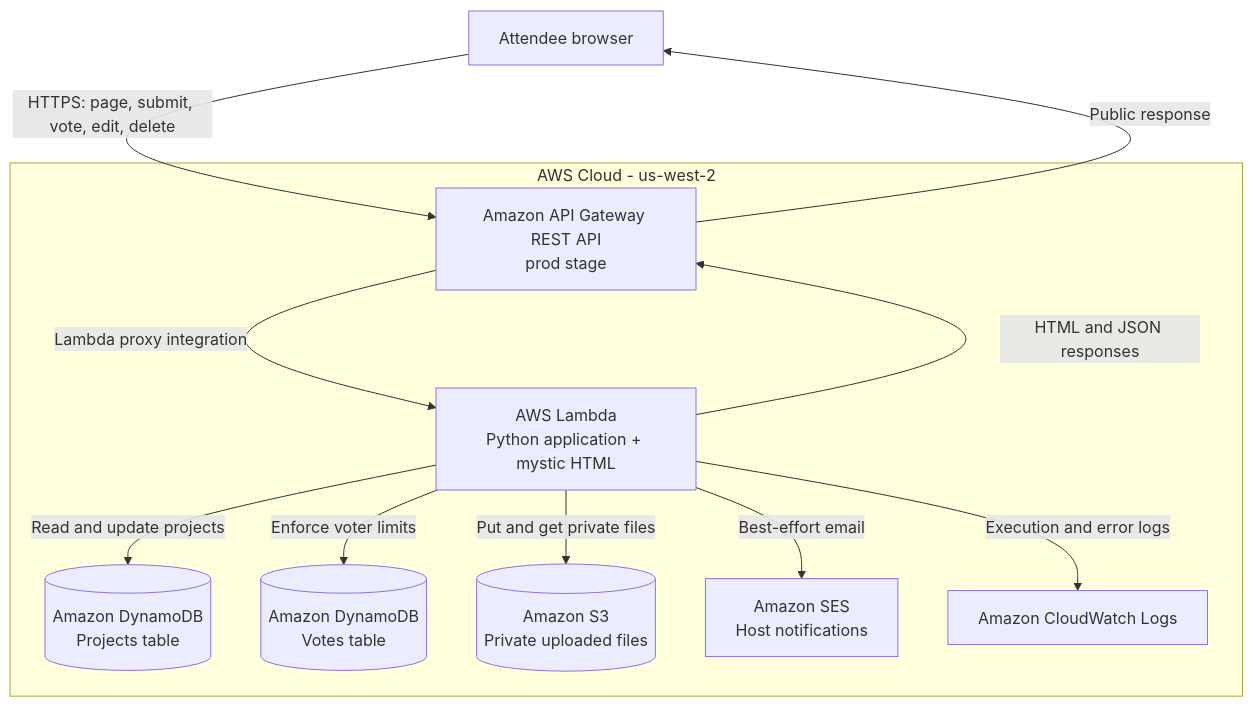
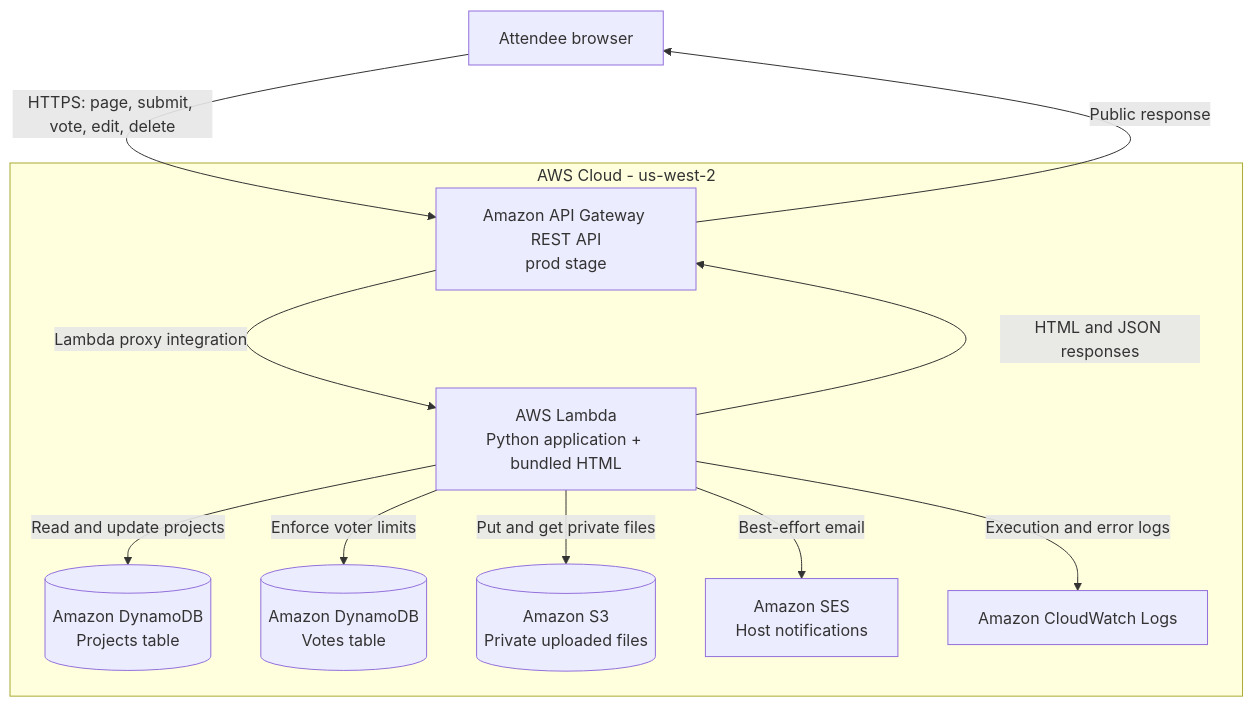
One commit to lilyj8D/vibecoding-women-showcase changed the diagram in README.md. Above: the diagram before and after it, drawn with Mermaid. The commit also changed other lines of this file and 2 other files, not shown here.

````diff
--- a/README.md
+++ b/README.md
@@ -80,24 +80,24 @@
 ```mermaid
 flowchart TB
     Visitor[Attendee browser]
 
     subgraph AWS[AWS Cloud - us-west-2]
         APIGW[Amazon API Gateway REST API<br/>prod stage]
-        Lambda[AWS Lambda<br/>Python application + mystic HTML]
+        Lambda[AWS Lambda<br/>Python application + bundled HTML]
         Projects[(Amazon DynamoDB<br/>Projects table)]
         Votes[(Amazon DynamoDB<br/>Votes table)]
         S3[(Amazon S3<br/>Private uploaded files)]
         SES[Amazon SES<br/>Host notifications]
         Logs[Amazon CloudWatch Logs]
     end
 
     Visitor -->|HTTPS: page, submit, vote, edit, delete| APIGW
     APIGW -->|Lambda proxy integration| Lambda
     Lambda -->|Read and update projects| Projects
     Lambda -->|Enforce voter limits| Votes
     Lambda -->|Put and get private files| S3
     Lambda -->|Best-effort email| SES
     Lambda -->|Execution and error logs| Logs
     Lambda -->|HTML and JSON responses| APIGW
     APIGW -->|Public response| Visitor
 ```
````
